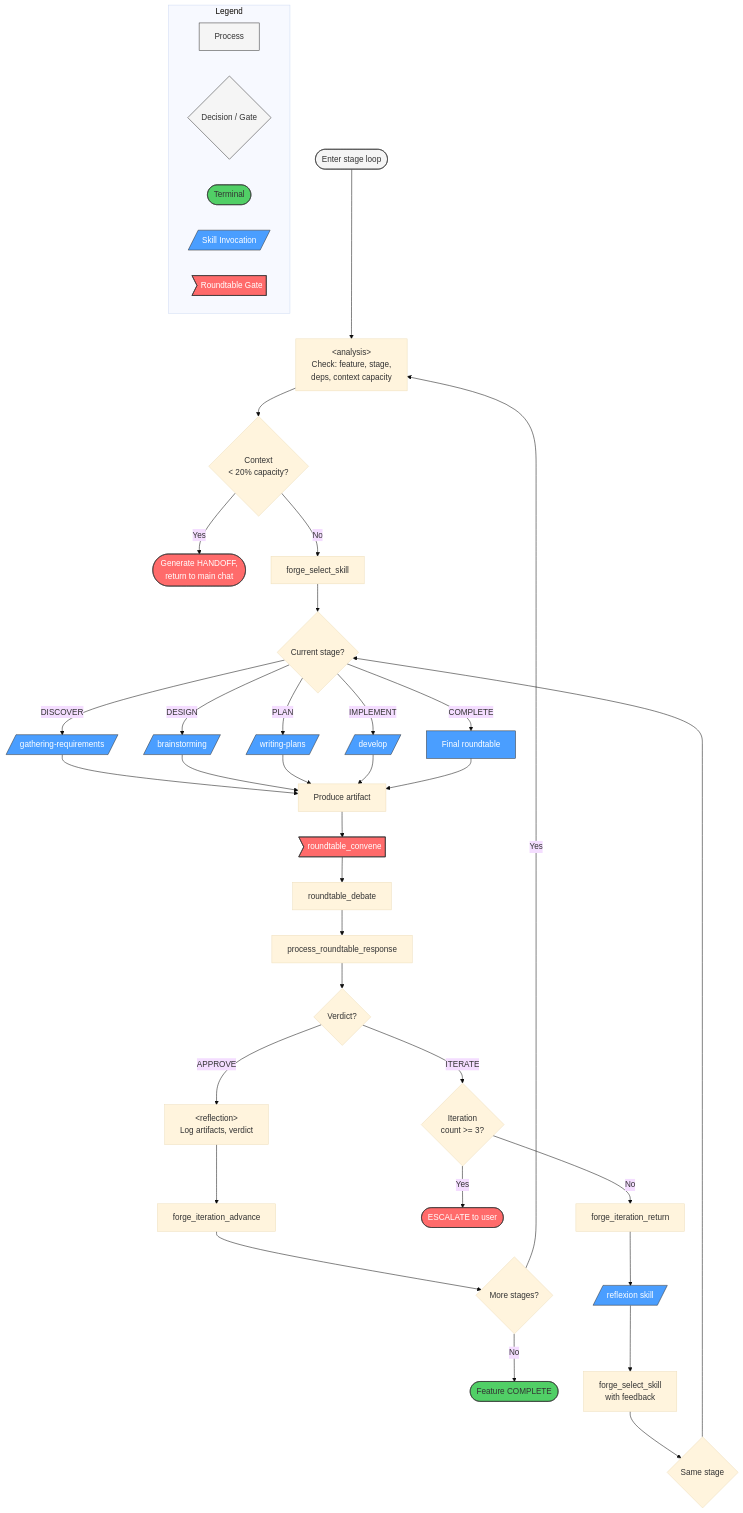
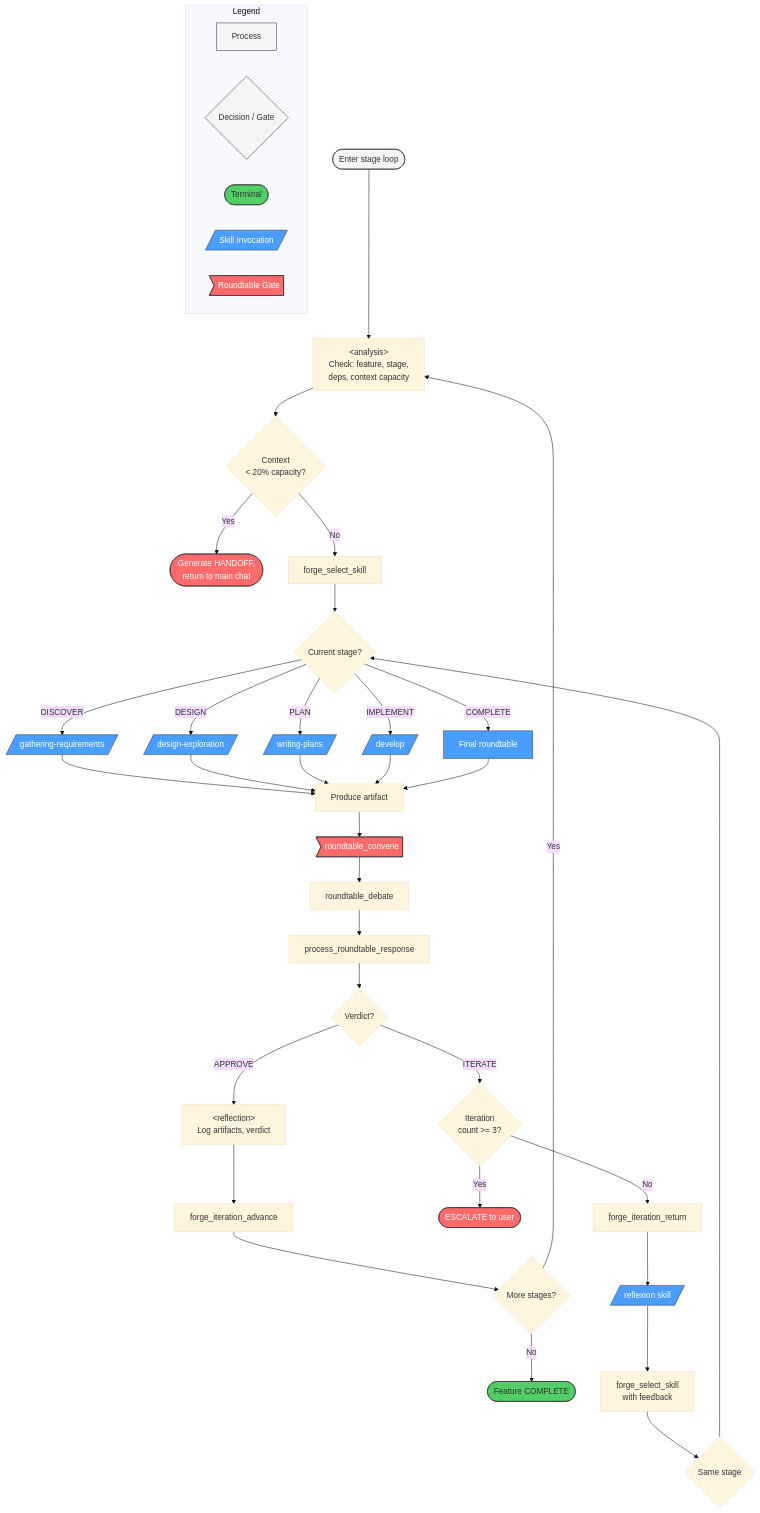
Before and after one commit to axiomantic/spellbook: the second of 3 diagrams in docs/diagrams/skills/autonomous-roundtable.md, drawn with Mermaid (base theme). The commit also changed 48 other files, not shown here.

First line of the commit message:
Rename brainstorming skill to design-exploration

````diff
--- a/docs/diagrams/skills/autonomous-roundtable.md
+++ b/docs/diagrams/skills/autonomous-roundtable.md
@@ -51,65 +51,65 @@
 ```mermaid
 graph TD
     subgraph Legend
         L1[Process]
         L2{Decision / Gate}
         L3([Terminal])
         L4[/Skill Invocation/]
         LG>Roundtable Gate]
         style L1 fill:#f5f5f5,stroke:#333
         style L2 fill:#f5f5f5,stroke:#333
         style L3 fill:#51cf66,stroke:#333
         style L4 fill:#4a9eff,stroke:#333,color:#fff
         style LG fill:#ff6b6b,stroke:#333,color:#fff
     end
 
     ENTRY([Enter stage loop]) --> ANALYSIS["&lt;analysis&gt;<br>Check: feature, stage,<br>deps, context capacity"]
     ANALYSIS --> CTX_CHECK{Context<br>< 20% capacity?}
 
     CTX_CHECK -->|Yes| HANDOFF([Generate HANDOFF,<br>return to main chat])
     CTX_CHECK -->|No| SELECT[forge_select_skill]
 
     SELECT --> STAGE{Current stage?}
     STAGE -->|DISCOVER| S1[/gathering-requirements/]
-    STAGE -->|DESIGN| S2[/brainstorming/]
+    STAGE -->|DESIGN| S2[/design-exploration/]
     STAGE -->|PLAN| S3[/writing-plans/]
     STAGE -->|IMPLEMENT| S4[/develop/]
     STAGE -->|COMPLETE| S5[Final roundtable]
 
     S1 --> ARTIFACT[Produce artifact]
     S2 --> ARTIFACT
     S3 --> ARTIFACT
     S4 --> ARTIFACT
     S5 --> ARTIFACT
 
     ARTIFACT --> RT>roundtable_convene]
     RT --> DEBATE[roundtable_debate]
     DEBATE --> PROCESS[process_roundtable_response]
     PROCESS --> VERDICT{Verdict?}
 
     VERDICT -->|APPROVE| REFLECT["&lt;reflection&gt;<br>Log artifacts, verdict"]
     REFLECT --> ADVANCE[forge_iteration_advance]
     ADVANCE --> NEXT_STAGE{More stages?}
     NEXT_STAGE -->|Yes| ANALYSIS
     NEXT_STAGE -->|No| FEATURE_DONE([Feature COMPLETE])
 
     VERDICT -->|ITERATE| FAIL_COUNT{Iteration<br>count >= 3?}
     FAIL_COUNT -->|Yes| ESCALATE_OUT([ESCALATE to user])
     FAIL_COUNT -->|No| RETURN[forge_iteration_return]
     RETURN --> REFLEXION[/reflexion skill/]
     REFLEXION --> RESELECT[forge_select_skill<br>with feedback]
     RESELECT --> RETRY_STAGE{Same stage}
     RETRY_STAGE --> STAGE
 
     style ENTRY fill:#f5f5f5,stroke:#333
     style HANDOFF fill:#ff6b6b,stroke:#333,color:#fff
     style FEATURE_DONE fill:#51cf66,stroke:#333
     style ESCALATE_OUT fill:#ff6b6b,stroke:#333,color:#fff
     style RT fill:#ff6b6b,stroke:#333,color:#fff
     style S1 fill:#4a9eff,stroke:#333,color:#fff
     style S2 fill:#4a9eff,stroke:#333,color:#fff
     style S3 fill:#4a9eff,stroke:#333,color:#fff
     style S4 fill:#4a9eff,stroke:#333,color:#fff
     style S5 fill:#4a9eff,stroke:#333,color:#fff
     style REFLEXION fill:#4a9eff,stroke:#333,color:#fff
 ```
````
